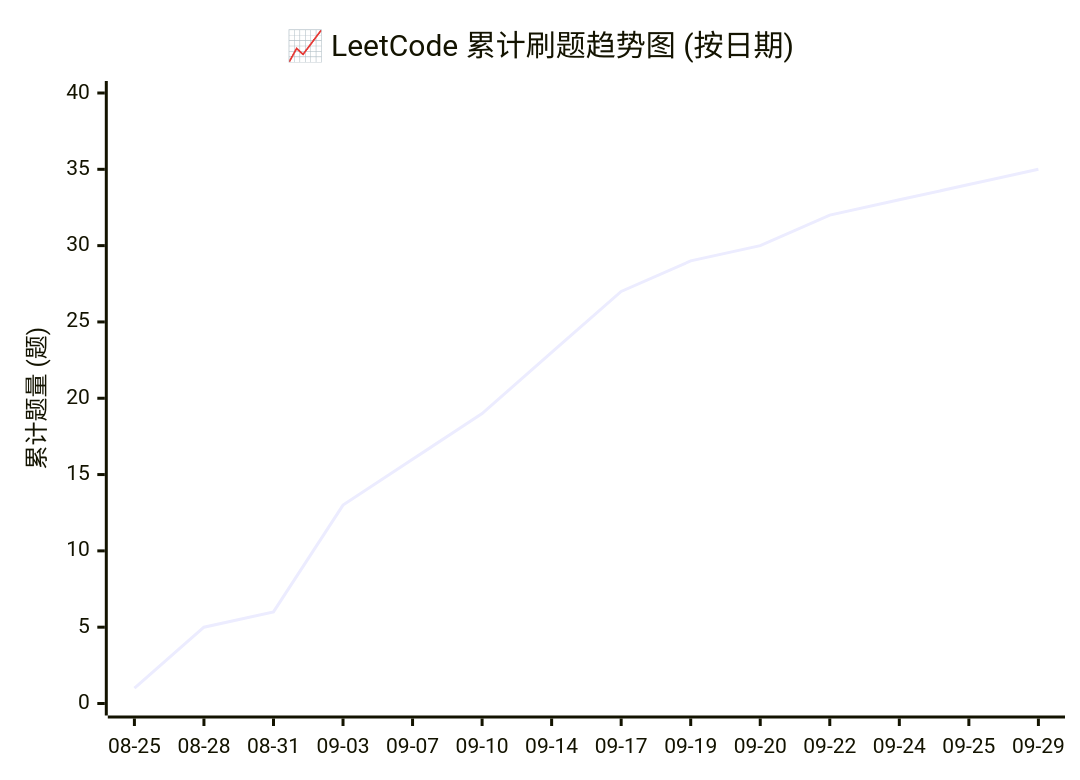
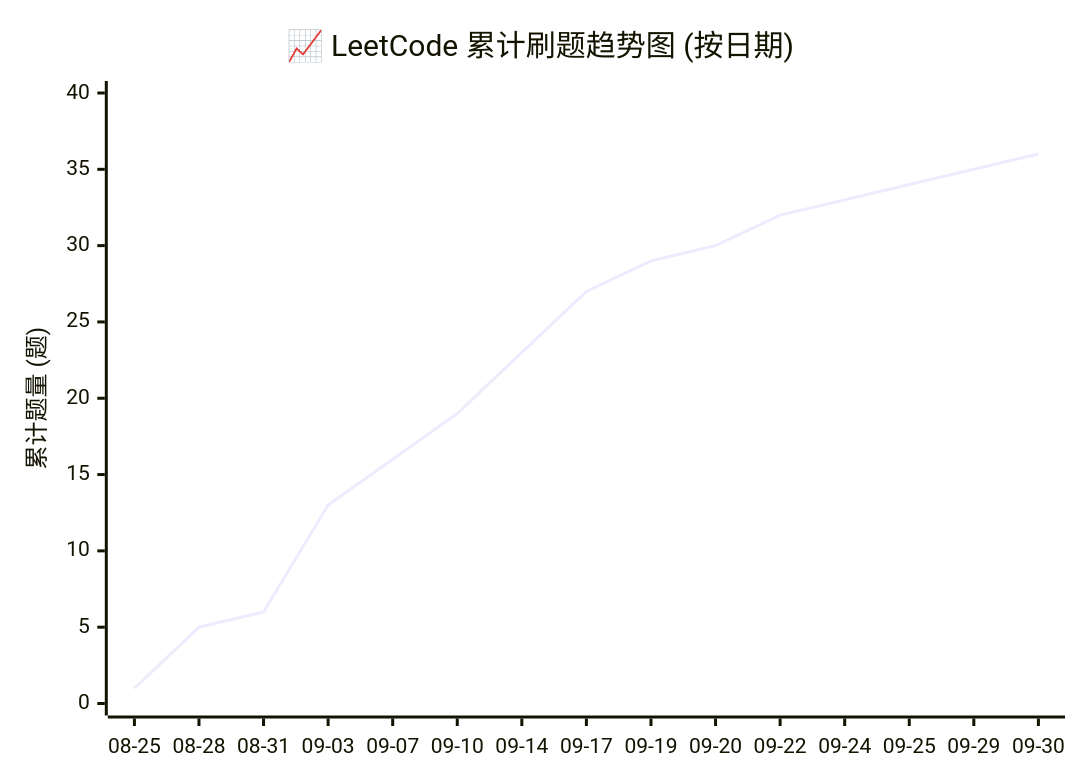
The diagram in README.md (hexinbyte/LeetCode-Journey), drawn with Mermaid before and after one commit. The commit also changed other lines of this file and 2 other files, not shown here.

````diff
--- a/README.md
+++ b/README.md
@@ -16,7 +16,7 @@
 ```mermaid
 xychart-beta
     title "📈 LeetCode 累计刷题趋势图 (按日期)"
-    x-axis ["08-25", "08-28", "08-31", "09-03", "09-07", "09-10", "09-14", "09-17", "09-19", "09-20", "09-22", "09-24", "09-25", "09-29"]
+    x-axis ["08-25", "08-28", "08-31", "09-03", "09-07", "09-10", "09-14", "09-17", "09-19", "09-20", "09-22", "09-24", "09-25", "09-29", "09-30"]
     y-axis "累计题量 (题)" 0 --> 40
-    line [1, 5, 6, 13, 16, 19, 23, 27, 29, 30, 32, 33, 34, 35]
+    line [1, 5, 6, 13, 16, 19, 23, 27, 29, 30, 32, 33, 34, 35, 36]
 ```
````
